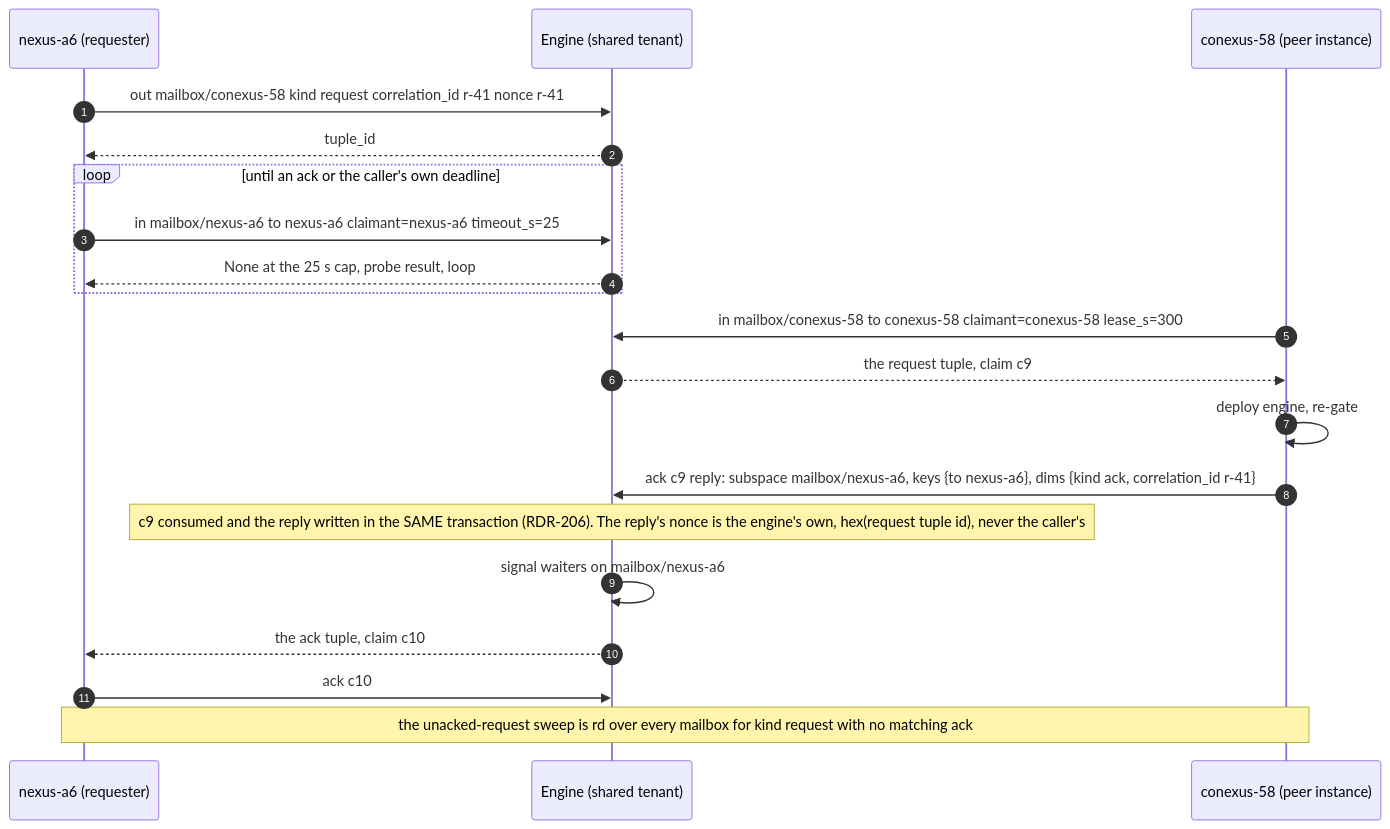
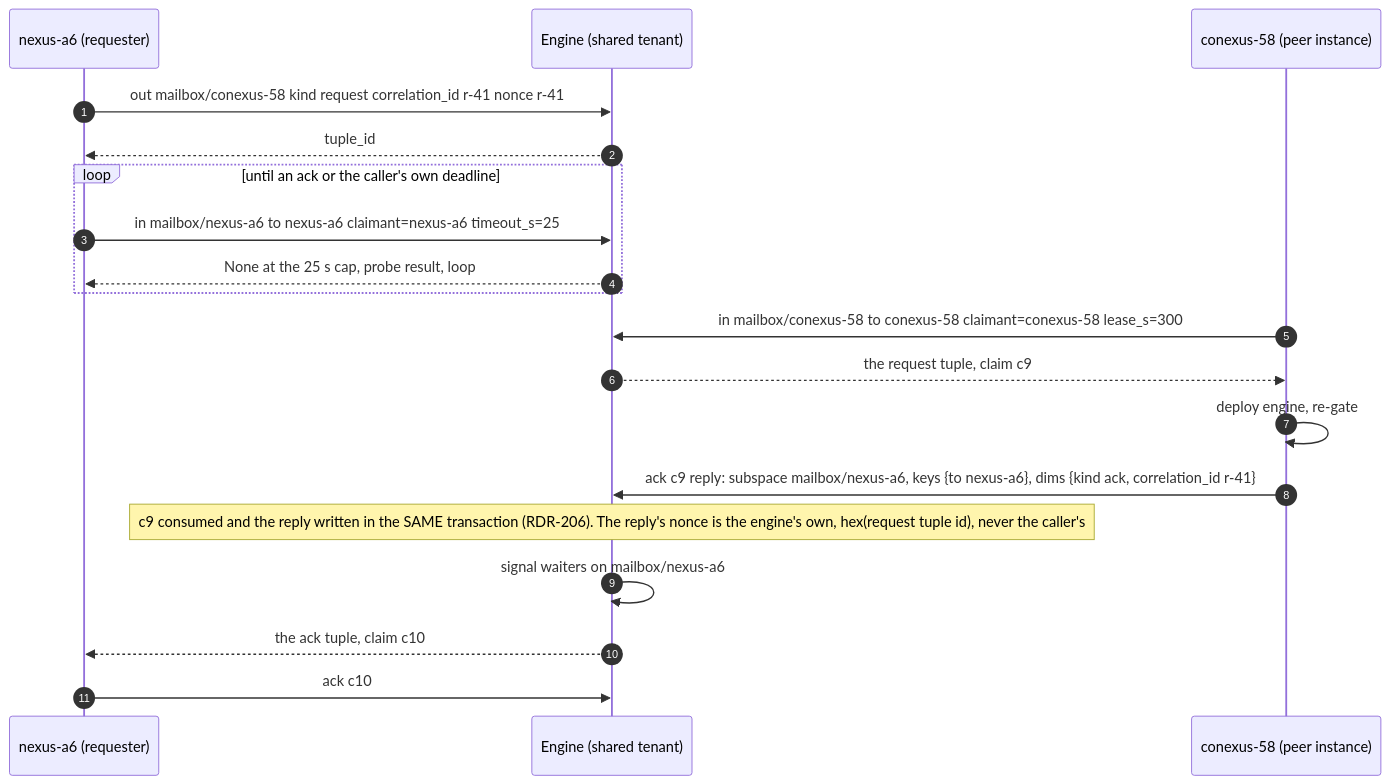
Before and after one commit to Hellblazer/nexus: the sixth of 9 diagrams in docs/tuple-space-walkthroughs.md, drawn with Mermaid. The commit also changed other lines of this file and 36 other files, not shown here.

````diff
--- a/docs/tuple-space-walkthroughs.md
+++ b/docs/tuple-space-walkthroughs.md
@@ -181,23 +181,22 @@
 ```mermaid
 sequenceDiagram
     autonumber
     participant N as nexus-a6 (requester)
     participant E as Engine (shared tenant)
     participant C as conexus-58 (peer instance)
 
     N->>E: out mailbox/conexus-58 kind request correlation_id r-41 nonce r-41
     E-->>N: tuple_id
     loop until an ack or the caller's own deadline
         N->>E: in mailbox/nexus-a6 to nexus-a6 claimant=nexus-a6 timeout_s=25
         E-->>N: None at the 25 s cap, probe result, loop
     end
     C->>E: in mailbox/conexus-58 to conexus-58 claimant=conexus-58 lease_s=300
     E-->>C: the request tuple, claim c9
     C->>C: deploy engine, re-gate
     C->>E: ack c9 reply: subspace mailbox/nexus-a6, keys {to nexus-a6}, dims {kind ack, correlation_id r-41}
     Note over E: c9 consumed and the reply written in the SAME transaction (RDR-206). The reply's nonce is the engine's own, hex(request tuple id), never the caller's
     E->>E: signal waiters on mailbox/nexus-a6
     E-->>N: the ack tuple, claim c10
     N->>E: ack c10
-    Note over N,C: the unacked-request sweep is rd over every mailbox for kind request with no matching ack
 ```
````
